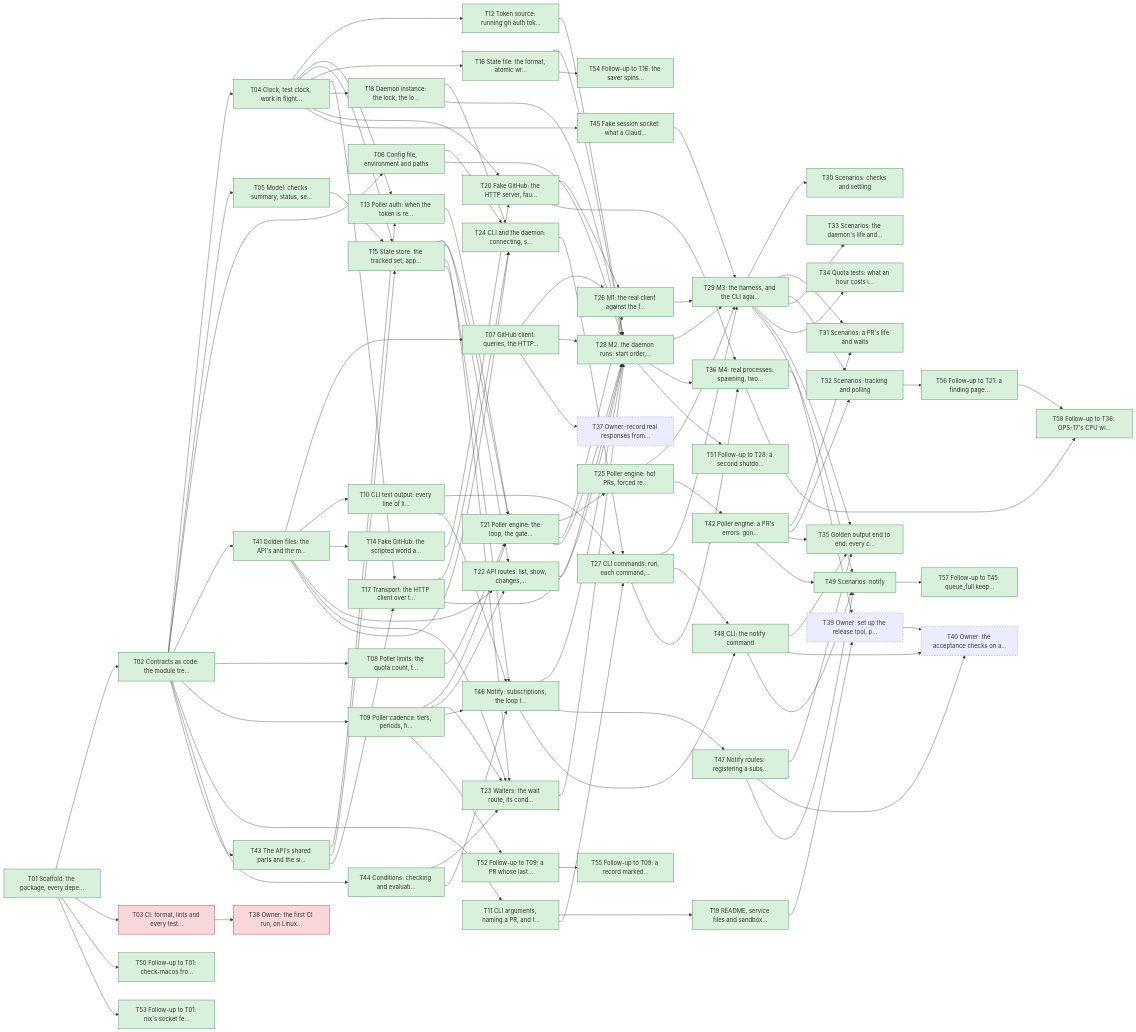
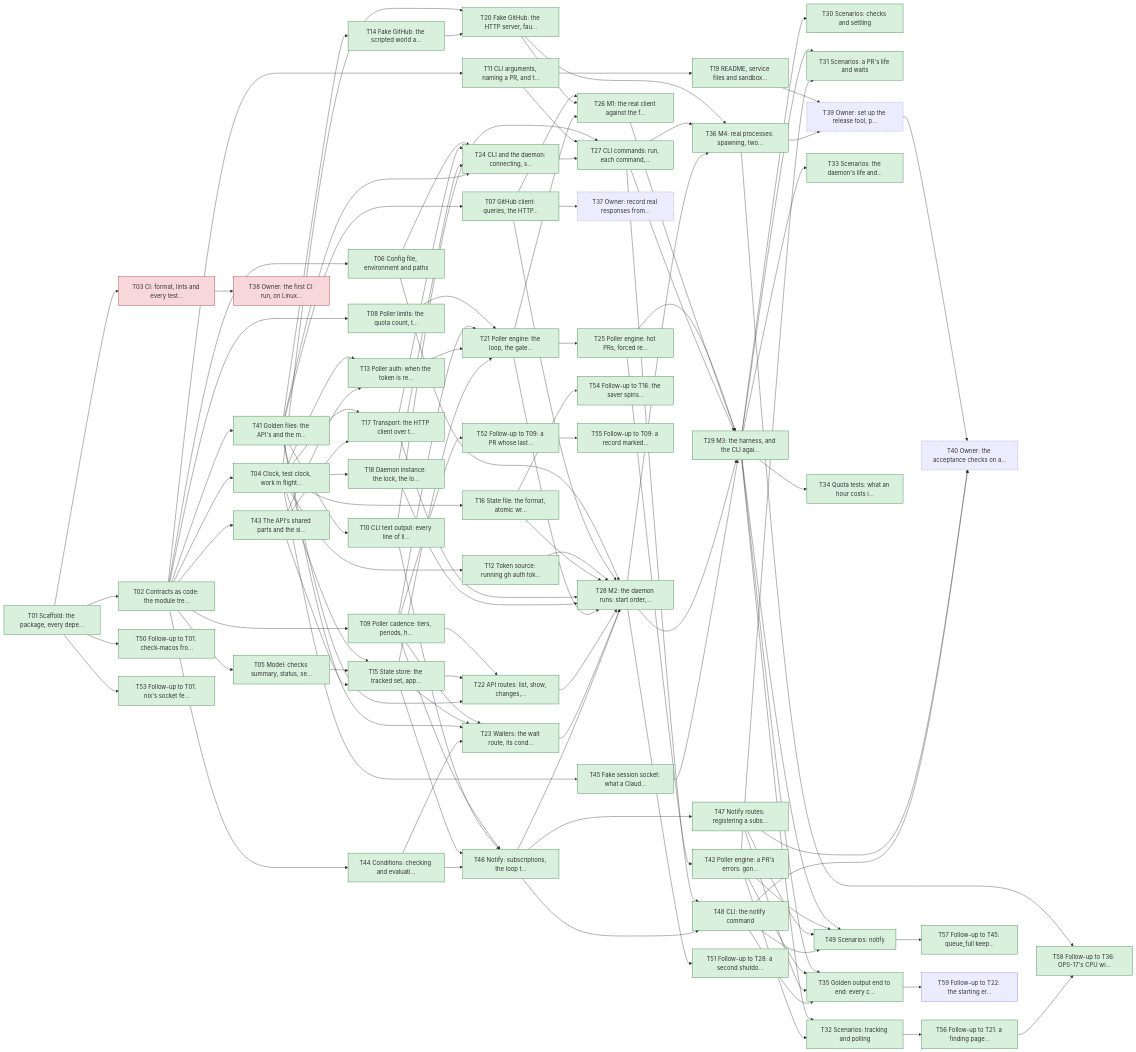
One commit to yachiko/circitor changed the diagram in plan/README.md. Above: the diagram before and after it, drawn with Mermaid. The commit also changed other lines of this file and 3 other files, not shown here.

Commit message:
Add follow-up T59: one retry hint in the starting error

```diff
--- a/plan/README.md
+++ b/plan/README.md
@@ -203,6 +204,7 @@
   T56["T56 Follow-up to T21: a finding page…"]:::done
   T57["T57 Follow-up to T45: queue_full keep…"]:::done
   T58["T58 Follow-up to T36: OPS-17's CPU wi…"]:::done
+  T59["T59 Follow-up to T22: the starting er…"]
   T01 --> T02
   T01 --> T03
   T02 --> T04
@@ -311,6 +313,7 @@
   T49 --> T57
   T36 --> T58
   T56 --> T58
+  T35 --> T59
   classDef done fill:#d8f0dc,stroke:#2f7d3b
   classDef active fill:#fff1c2,stroke:#a07800
   classDef blocked fill:#f8d7da,stroke:#a12a35
```
